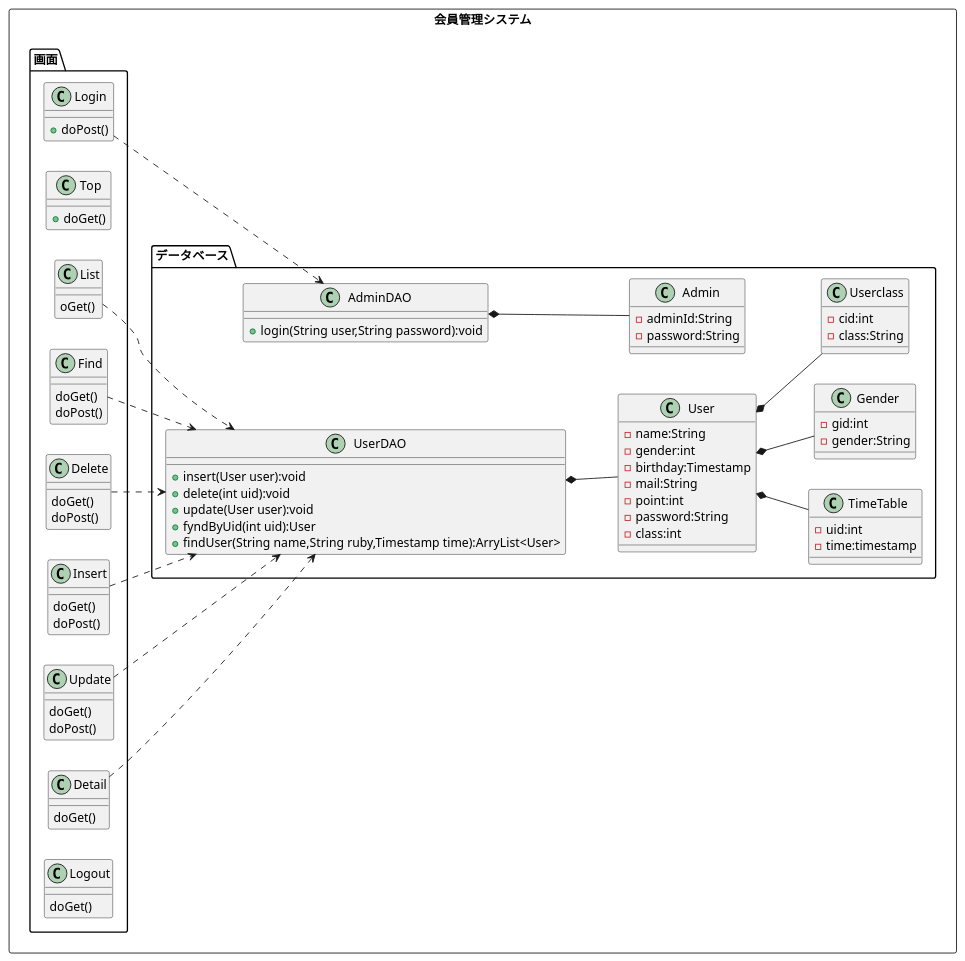
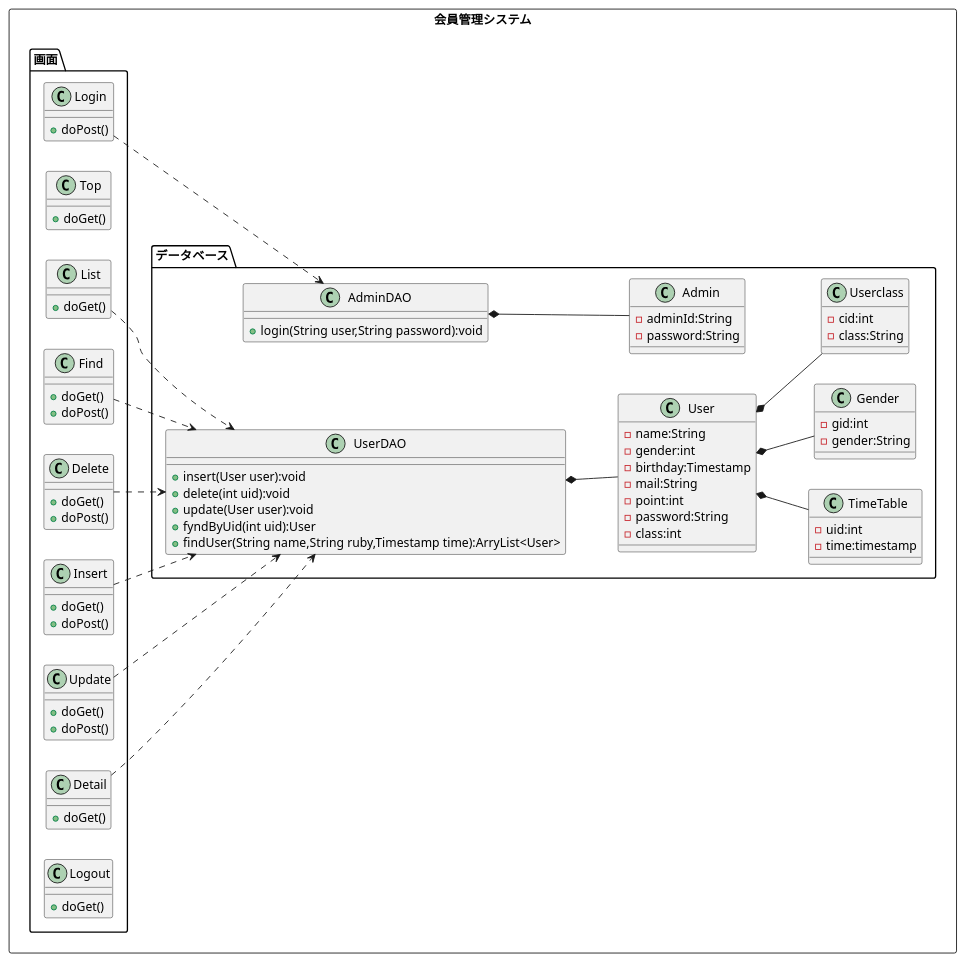
The diagram in uml_detail/class.pu (toufu66/ProjectC), drawn with PlantUML before and after one commit.

Commit message:
詳細クラス図

```diff
--- a/uml_detail/class.pu
+++ b/uml_detail/class.pu
@@ -1,100 +1,100 @@
 @startuml
 left to right direction
 rectangle 会員管理システム{
 package 画面{
 	class Login{
 		+doPost()
 	}
 	class Top{
 		+doGet()
 	}
 	class List{
-		oGet()
+		+doGet()
 	}
 	class Find{
-		doGet()
-		doPost()
+		+doGet()
+		+doPost()
 	}
 	class Delete{
-		doGet()
-		doPost()
+		+doGet()
+		+doPost()
 	}
 	class Insert{
-		doGet()
-		doPost()
+		+doGet()
+		+doPost()
 	}
 	class Update{
-		doGet()
-		doPost()
+		+doGet()
+		+doPost()
 	}
 	class Detail{
-		doGet()
+		+doGet()
 	}
 	class Logout{
-		doGet()
+		+doGet()
 	}
 
 
 }
 
 package データベース{
 	class UserDAO{
 		+insert(User user):void
 		+delete(int uid):void
 		+update(User user):void
 		+fyndByUid(int uid):User
 		+findUser(String name,String ruby,Timestamp time):ArryList<User>
 	}
 	class User{
 		-name:String
 		-gender:int
 		-birthday:Timestamp
 		-mail:String
 		-point:int
 		-password:String
 		-class:int
 	}
 	class Admin{
 		-adminId:String
 		-password:String
 	}
 	class AdminDAO{
 
 		+login(String user,String password):void
 
 	}
 	class TimeTable{
 		-uid:int
 		-time:timestamp
 
 	}
 	class Gender{
 		-gid:int
 		-gender:String
 
 	}
 	class Userclass{
 		-cid:int
 		-class:String
 
 	}
 
 }
 
 
 Login ..> AdminDAO
 
 List ..> UserDAO
 Insert ..> UserDAO
 Update ..> UserDAO
 Delete ..> UserDAO
 Find ..> UserDAO
 Detail ..>UserDAO
 UserDAO *--  User
 AdminDAO *--  Admin
 User *-- TimeTable
 User *-- Userclass
 User *-- Gender
 
 }
 @enduml
```
